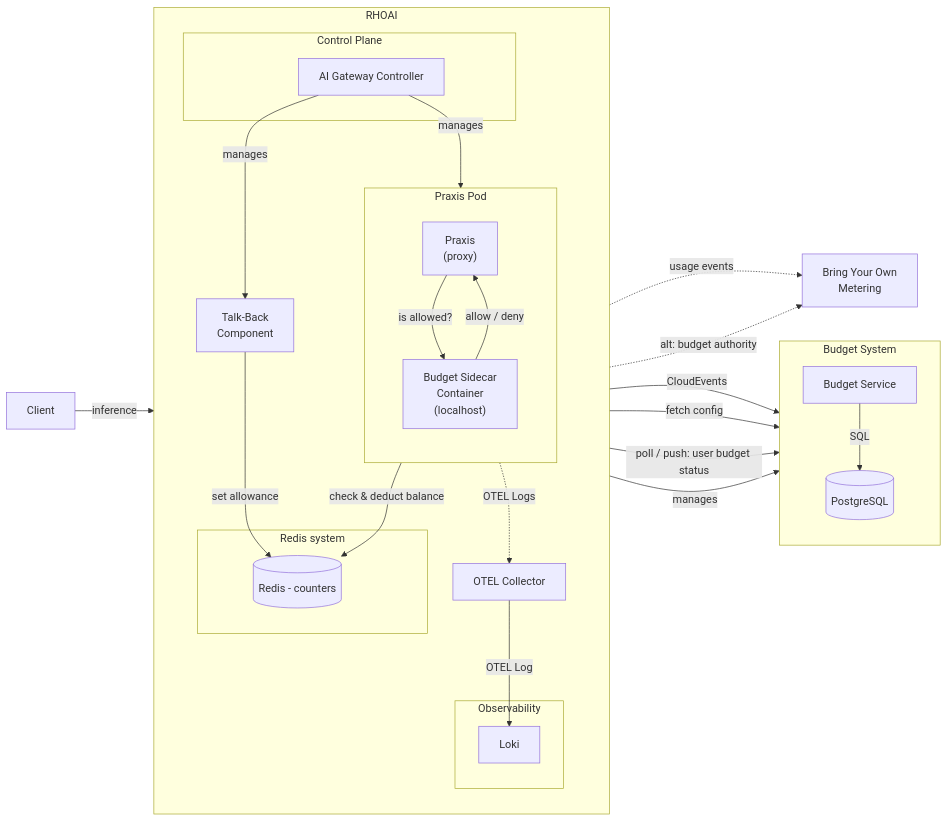
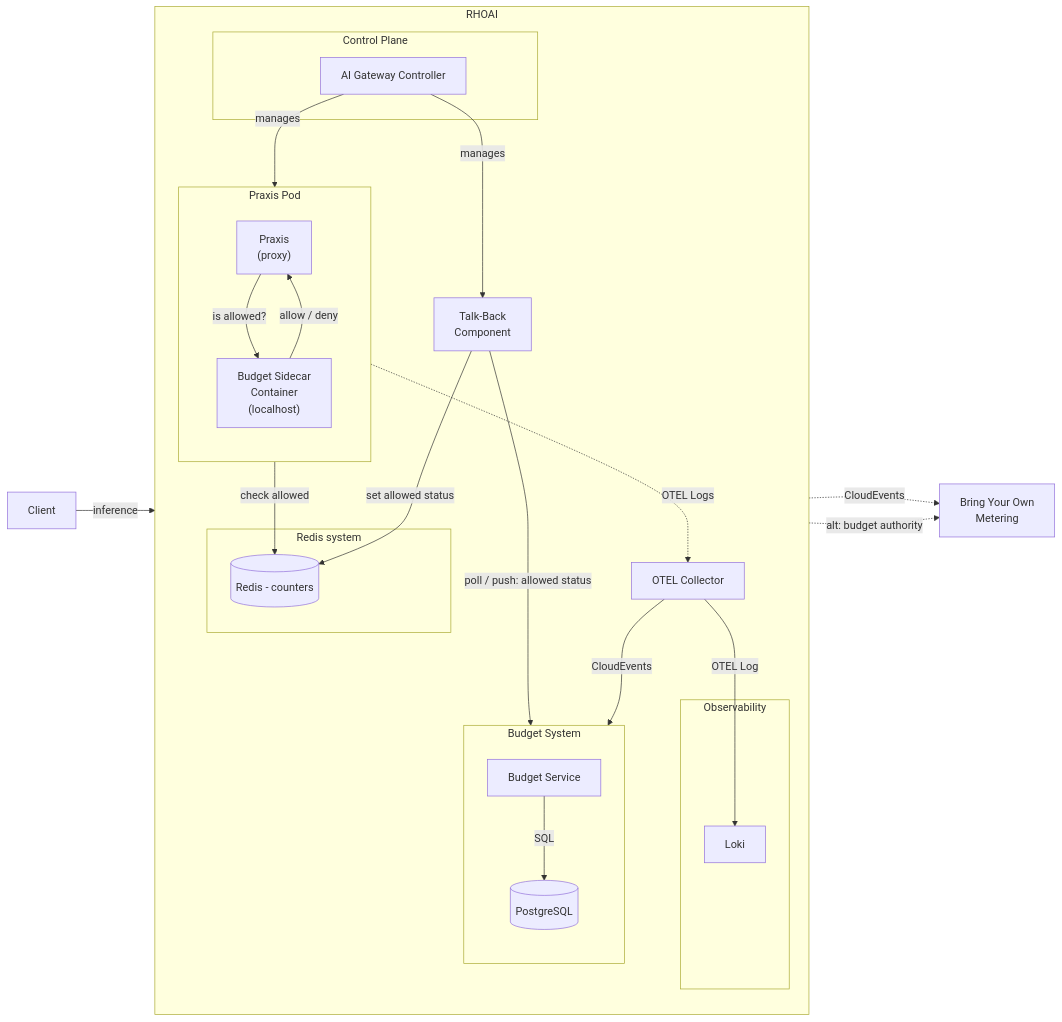
The first of 3 diagrams in architecture-decision-records/ai-gateway/ODH-ADR-0001-Tokenomics.md (ahadas/architecture-decision-records), drawn with Mermaid before and after one commit. The commit also changed other lines of this file, not shown here.

Commit message:
clean up arch diagram

````diff
--- a/architecture-decision-records/ai-gateway/ODH-ADR-0001-Tokenomics.md
+++ b/architecture-decision-records/ai-gateway/ODH-ADR-0001-Tokenomics.md
@@ -55,45 +55,43 @@
 ```mermaid
 flowchart LR
- subgraph budget_system["Budget System"]
-    direction TB
-        postgres[("PostgreSQL")]
-        budget_service["Budget Service"]
- end
  subgraph rhoai["RHOAI"]
     direction TB
      subgraph control_plane["Control Plane"]
             aigc["AI Gateway Controller"]
      end
      subgraph praxis_pod["Praxis Pod"]
         direction TB
             praxis["Praxis<br>(proxy)"]
             sidecar["Budget Sidecar<br>Container<br>(localhost)"]
       end
         otel_collector["OTEL Collector"]
         talkback["Talk-Back<br>Component"]
      subgraph obs["Observability"]
             loki["Loki"]
      end
      subgraph redis_system["Redis system"]
             redis[("Redis - counters")]
      end
+     subgraph budget_system["Budget System"]
+        direction TB
+            postgres[("PostgreSQL")]
+            budget_service["Budget Service"]
+     end
  end
 
     aigc -- manages --> praxis_pod
-    aigc -- manages --> budget_system
     aigc -- manages --> talkback
     praxis -- is allowed? --> sidecar
-    sidecar -- check & deduct balance --> redis
+    sidecar -- check allowed --> redis
     sidecar -- allow / deny --> praxis
     praxis -. OTEL Logs .-> otel_collector
     budget_service -- SQL --> postgres
     client["Client"] -- inference --> praxis
 
     otel_collector -- CloudEvents --> budget_service
     otel_collector -- OTEL Log --> loki
-    otel_collector -. usage events .-> byom["Bring Your Own<br>Metering"]
-    sidecar -- fetch config --> budget_service
-    talkback -- poll / push: user budget status --> budget_service
+    otel_collector -. CloudEvents .-> byom["Bring Your Own<br>Metering"]
+    talkback -- poll / push: allowed status --> budget_service
     talkback -. alt: budget authority .-> byom
-    talkback -- set allowance --> redis
+    talkback -- set allowed status --> redis
 ```
````
